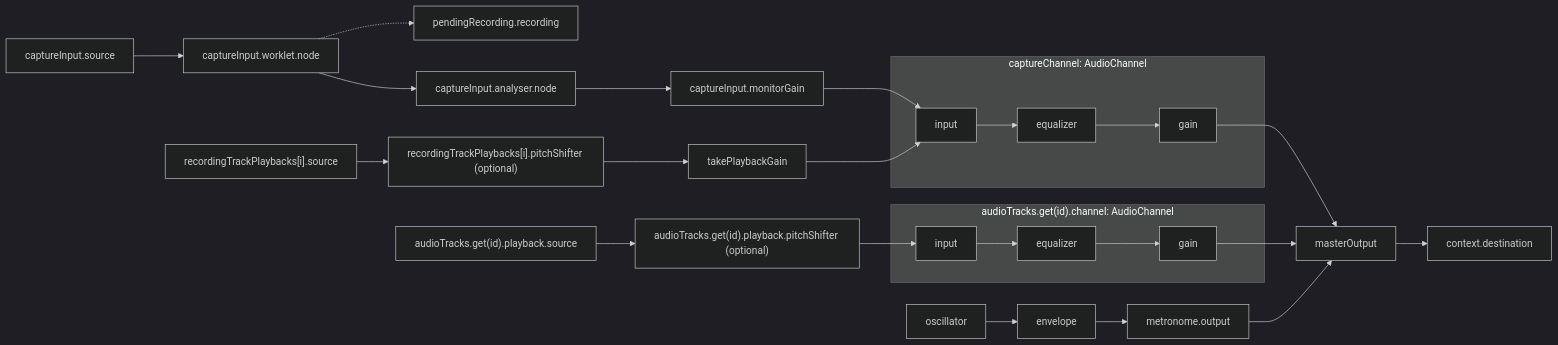
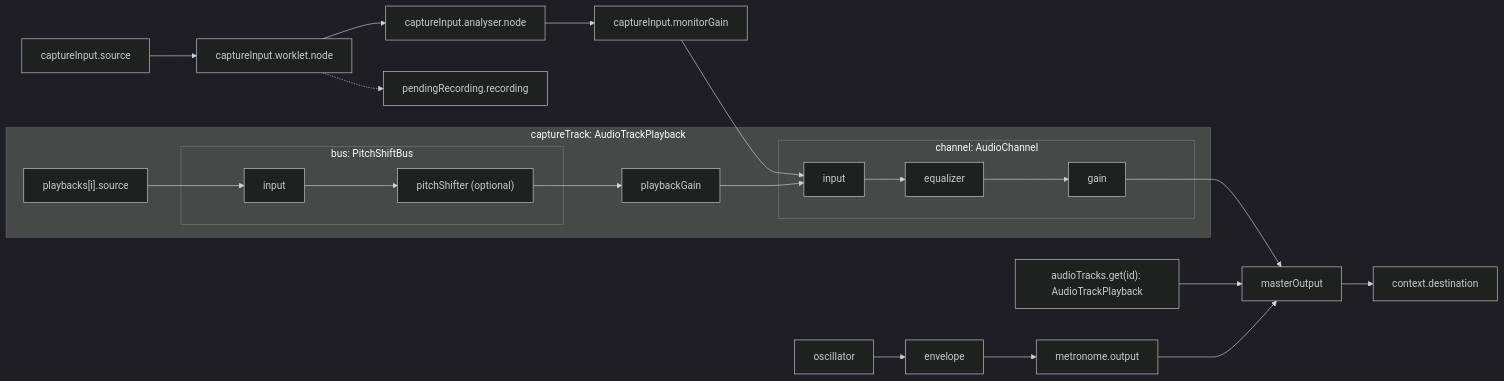
The diagram in src/lib/recorder/README.md (hi-ogawa/toy-midi), drawn with Mermaid (dark theme) before and after one commit. The commit also changed 5 other files, not shown here.

Commit message:
refactor: unify track playback and share pitch correction across regions (#492)

````diff
--- a/src/lib/recorder/README.md
+++ b/src/lib/recorder/README.md
@@ -5,30 +5,28 @@
 ```mermaid
 flowchart LR
     captureSource["captureInput.source"] --> captureWorklet["captureInput.worklet.node"]
     captureWorklet -.-> recording["pendingRecording.recording"]
     captureWorklet --> analyser["captureInput.analyser.node"]
     analyser --> monitorGain["captureInput.monitorGain"]
     monitorGain --> captureInput
-    takeSource["recordingTrackPlaybacks[i].source"] --> takePitchShifter["recordingTrackPlaybacks[i].pitchShifter (optional)"]
-    takePitchShifter --> takePlaybackGain["takePlaybackGain"]
-    takePlaybackGain --> captureInput
 
-    subgraph captureChannel["captureChannel: AudioChannel"]
-        captureInput["input"] --> captureEqualizer["equalizer"]
-        captureEqualizer --> captureGain["gain"]
-    end
-
-    audioSource["audioTracks.get(id).playback.source"] --> audioPitchShifter["audioTracks.get(id).playback.pitchShifter (optional)"]
-    audioPitchShifter --> trackInput
-    subgraph audioChannel["audioTracks.get(id).channel: AudioChannel"]
-        trackInput["input"] --> trackEqualizer["equalizer"]
-        trackEqualizer --> trackGain["gain"]
+    subgraph captureTrack["captureTrack: AudioTrackPlayback"]
+        takeSource["playbacks[i].source"] --> takeBusInput
+        subgraph takePitchShiftBus["bus: PitchShiftBus"]
+            takeBusInput["input"] --> takePitchShifter["pitchShifter (optional)"]
+        end
+        takePitchShifter --> takePlaybackGain["playbackGain"]
+        takePlaybackGain --> captureInput
+        subgraph captureChannel["channel: AudioChannel"]
+            captureInput["input"] --> captureEqualizer["equalizer"]
+            captureEqualizer --> captureGain["gain"]
+        end
     end
 
     captureGain --> masterOutput["masterOutput"]
-    trackGain --> masterOutput
+    audioTrack["audioTracks.get(id): AudioTrackPlayback"] --> masterOutput
     oscillator["oscillator"] --> envelope["envelope"]
     envelope --> metronomeOutput["metronome.output"]
     metronomeOutput --> masterOutput
     masterOutput --> destination["context.destination"]
 ```
````
